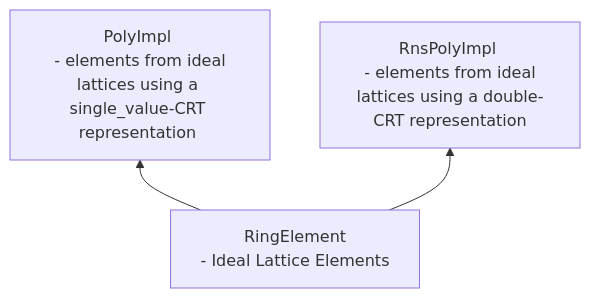
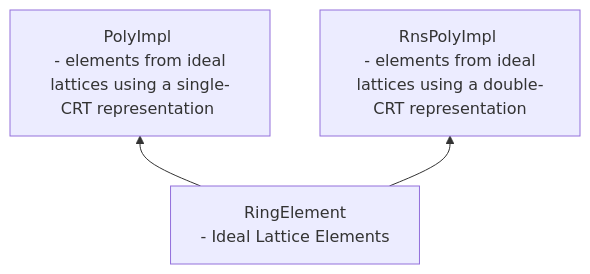
Before and after one commit to aeropittura/cipher: the second of 2 diagrams in docs/sphinx_rsts/modules/core/lattice/core_lattice.rst, drawn with Mermaid. The commit also changed other lines of this file and 284 other files, not shown here.

```diff
--- a/docs/sphinx_rsts/modules/core/lattice/core_lattice.rst
+++ b/docs/sphinx_rsts/modules/core/lattice/core_lattice.rst
@@ -116,5 +111,5 @@
 .. mermaid::
 
    flowchart BT
-       A[RingElement<br> - Ideal Lattice Elements </br>] --> B[PolyImpl <br> - elements from ideal lattices using a single_value-CRT representation </br>];
+       A[RingElement<br> - Ideal Lattice Elements </br>] --> B[PolyImpl <br> - elements from ideal lattices using a single-CRT representation </br>];
        A[RingElement<br> - Ideal Lattice Elements </br>] --> C[RnsPolyImpl <br> - elements from ideal lattices using a double-CRT representation</br>]
```
